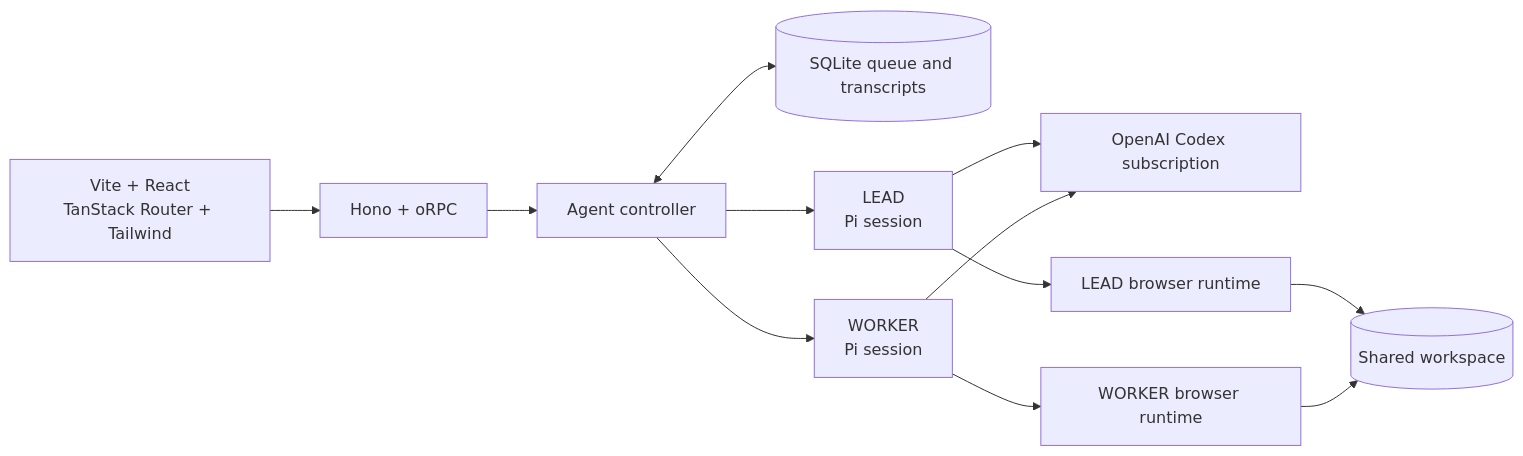
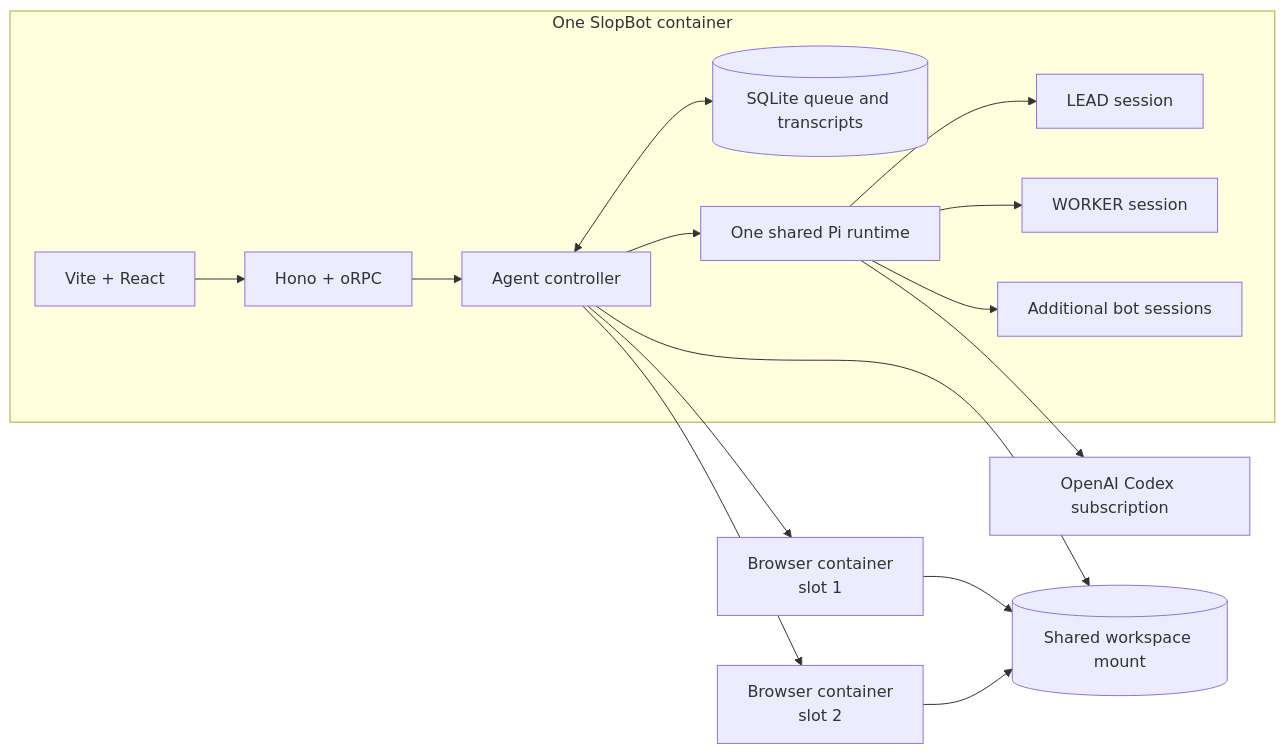
Before and after one commit to simonbalfe/slopbot: the diagram in README.md, drawn with Mermaid. The commit also changed other lines of this file and 1 other file, not shown here.

Commit message:
docs: clarify agent and browser isolation

````diff
--- a/README.md
+++ b/README.md
@@ -7,12 +7,17 @@
 ```mermaid
 flowchart LR
-  UI["Vite + React<br/>TanStack Router + Tailwind"] --> API["Hono + oRPC"]
-  API --> Core["Agent controller"]
-  Core <--> Store[("SQLite queue and transcripts")]
-  Core --> Lead["LEAD<br/>Pi session"]
-  Core --> Worker["WORKER<br/>Pi session"]
-  Lead & Worker --> Codex["OpenAI Codex subscription"]
-  Lead --> LeadBrowser["LEAD browser runtime"]
-  Worker --> WorkerBrowser["WORKER browser runtime"]
-  LeadBrowser & WorkerBrowser --> Workspace[("Shared workspace")]
+  subgraph App["One SlopBot container"]
+    UI["Vite + React"] --> API["Hono + oRPC"]
+    API --> Core["Agent controller"]
+    Core <--> Store[("SQLite queue and transcripts")]
+    Core --> Pi["One shared Pi runtime"]
+    Pi --> Lead["LEAD session"]
+    Pi --> Worker["WORKER session"]
+    Pi --> More["Additional bot sessions"]
+  end
+  Pi --> Codex["OpenAI Codex subscription"]
+  Core --> Slot1["Browser container<br/>slot 1"]
+  Core --> Slot2["Browser container<br/>slot 2"]
+  Core --> Workspace[("Shared workspace mount")]
+  Slot1 & Slot2 --> Workspace
 ```
````
